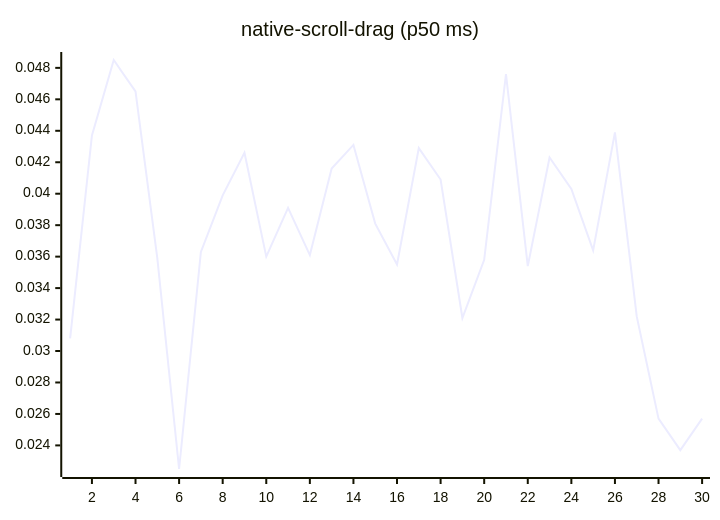
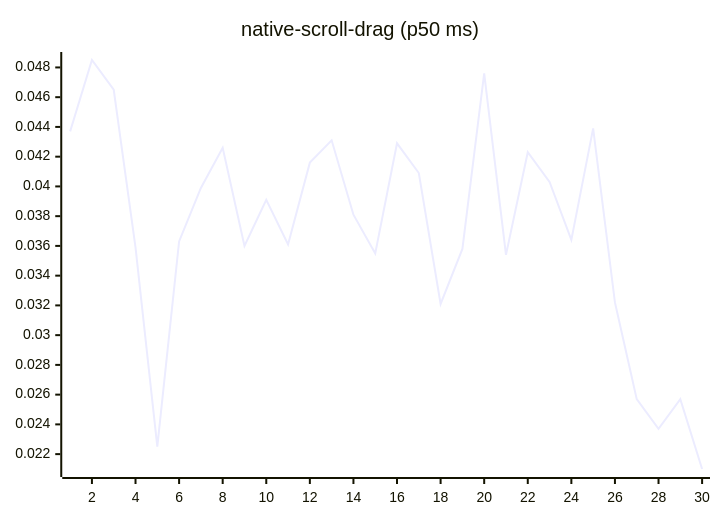
Diagram 14 of 27 in README.md (josha/Facet), drawn with Mermaid before and after one commit. The commit also changed other lines of this file and 2 other files, not shown here.

````diff
--- a/README.md
+++ b/README.md
@@ -154,6 +154,6 @@
 ```mermaid
 xychart-beta
     title "native-scroll-drag (p50 ms)"
     x-axis 1 --> 30
-    line [0.0308, 0.0437, 0.0485, 0.0465, 0.0359, 0.0225, 0.0363, 0.0399, 0.0426, 0.0360, 0.0391, 0.0361, 0.0416, 0.0431, 0.0381, 0.0355, 0.0429, 0.0409, 0.0321, 0.0358, 0.0476, 0.0354, 0.0423, 0.0403, 0.0364, 0.0439, 0.0322, 0.0257, 0.0237, 0.0257]
+    line [0.0437, 0.0485, 0.0465, 0.0359, 0.0225, 0.0363, 0.0399, 0.0426, 0.0360, 0.0391, 0.0361, 0.0416, 0.0431, 0.0381, 0.0355, 0.0429, 0.0409, 0.0321, 0.0358, 0.0476, 0.0354, 0.0423, 0.0403, 0.0364, 0.0439, 0.0322, 0.0257, 0.0237, 0.0257, 0.0210]
 ```
````
